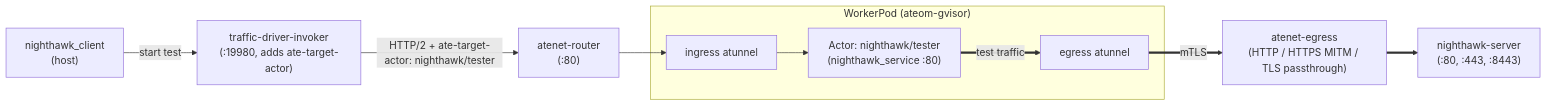
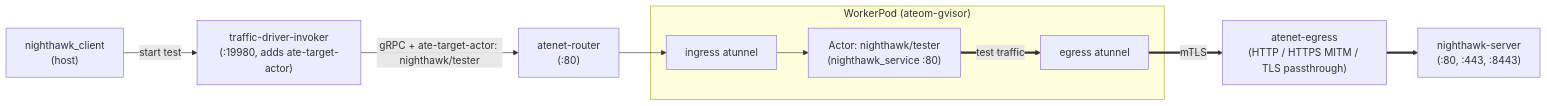
The diagram in benchmarking/nighthawk-egress/README.md (agent-substrate/substrate), drawn with Mermaid before and after one commit. The commit also changed other lines of this file, not shown here.

````diff
--- a/benchmarking/nighthawk-egress/README.md
+++ b/benchmarking/nighthawk-egress/README.md
@@ -7,23 +7,23 @@
 ```mermaid
 flowchart LR
     client["nighthawk_client<br/>(host)"]
     invoker["traffic-driver-invoker<br/>(:19980, adds ate-target-actor)"]
     router["atenet-router<br/>(:80)"]
 
     subgraph worker["WorkerPod (ateom-gvisor)"]
         atunnel-ingress["ingress atunnel"]
         actor["Actor: nighthawk/tester<br/>(nighthawk_service :80)"]
         atunnel-egress["egress atunnel"]
     end
 
     egress["atenet-egress<br/>(HTTP / HTTPS MITM / TLS passthrough)"]
     server["nighthawk-server<br/>(:80, :443, :8443)"]
 
     client -->|"start test"| invoker
-    invoker -->|"HTTP/2 + ate-target-actor: nighthawk/tester"| router
+    invoker -->|"gRPC + ate-target-actor: nighthawk/tester"| router
     router --> atunnel-ingress
     atunnel-ingress --> actor
     actor ==>|"test traffic"| atunnel-egress
     atunnel-egress ==>|"mTLS"| egress
     egress ==> server
 ```
````
